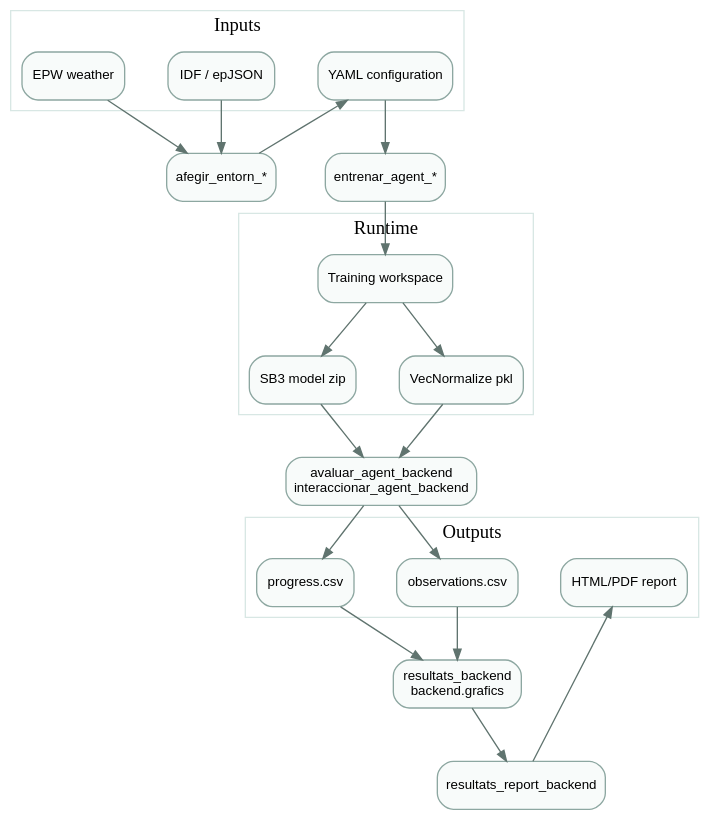
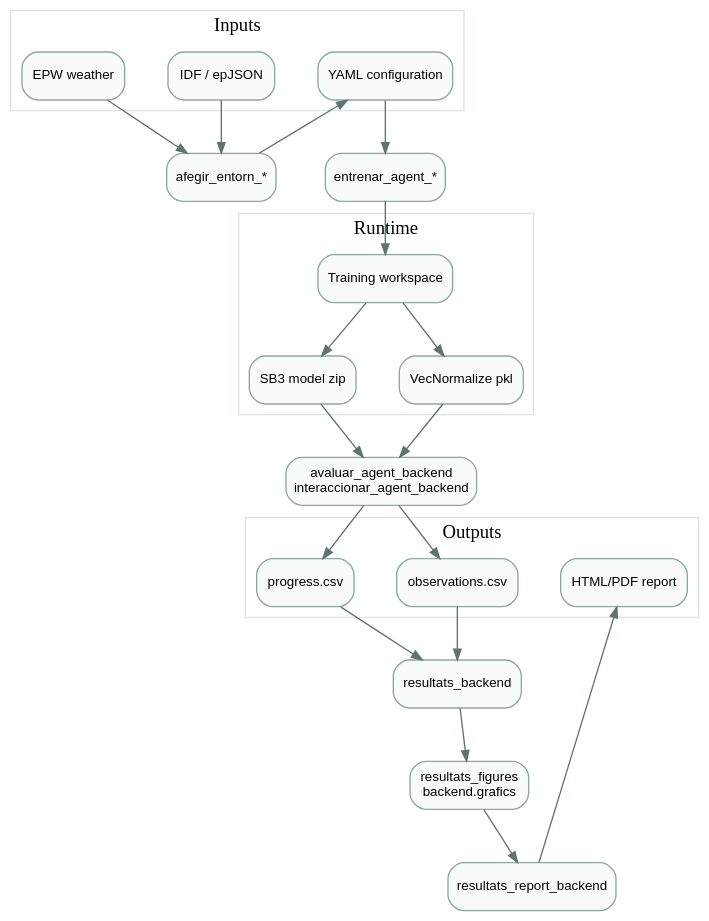
One commit to GuillemTorm/PFG-RL-Aplicat-BEMS changed the third of 4 diagrams in docs/source/pages/bems-rl-studio/architecture.rst. Above: the diagram before and after it, drawn with Graphviz. The commit also changed 10 other files, not shown here.

Commit message:
Refactor figures de resultats

```diff
--- a/docs/source/pages/bems-rl-studio/architecture.rst
+++ b/docs/source/pages/bems-rl-studio/architecture.rst
@@ -80,53 +80,54 @@
 .. graphviz::
    :caption: Data ownership across the Studio backend.
 
    digraph data_ownership {
      graph [rankdir=TB, bgcolor="transparent", pad="0.25", nodesep="0.45", ranksep="0.55"];
      node [shape=box, style="rounded,filled", fontname="Arial", fontsize=10, color="#8da7a1", fillcolor="#f8fbfa"];
      edge [fontname="Arial", fontsize=9, color="#60746f", arrowsize=0.8];
 
      subgraph cluster_inputs {
        label="Inputs";
        color="#d8e7e4";
        buildings [label="IDF / epJSON"];
        weather [label="EPW weather"];
        yaml [label="YAML configuration"];
      }
 
      subgraph cluster_runtime {
        label="Runtime";
        color="#d8e7e4";
        training [label="Training workspace"];
        models [label="SB3 model zip"];
        vecnorm [label="VecNormalize pkl"];
      }
 
      subgraph cluster_outputs {
        label="Outputs";
        color="#d8e7e4";
        progress [label="progress.csv"];
        observations [label="observations.csv"];
        report [label="HTML/PDF report"];
      }
 
      env_backend [label="afegir_entorn_*"];
      train_backend [label="entrenar_agent_*"];
      eval_backend [label="avaluar_agent_backend\ninteraccionar_agent_backend"];
-     result_backend [label="resultats_backend\nbackend.grafics"];
+     result_backend [label="resultats_backend"];
+     result_figures [label="resultats_figures\nbackend.grafics"];
      report_backend [label="resultats_report_backend"];
 
      buildings -> env_backend;
      weather -> env_backend;
      env_backend -> yaml;
      yaml -> train_backend;
      train_backend -> training;
      training -> models;
      training -> vecnorm;
      models -> eval_backend;
      vecnorm -> eval_backend;
      eval_backend -> progress;
      eval_backend -> observations;
      progress -> result_backend;
      observations -> result_backend;
-     result_backend -> report_backend -> report;
+     result_backend -> result_figures -> report_backend -> report;
    }
```
